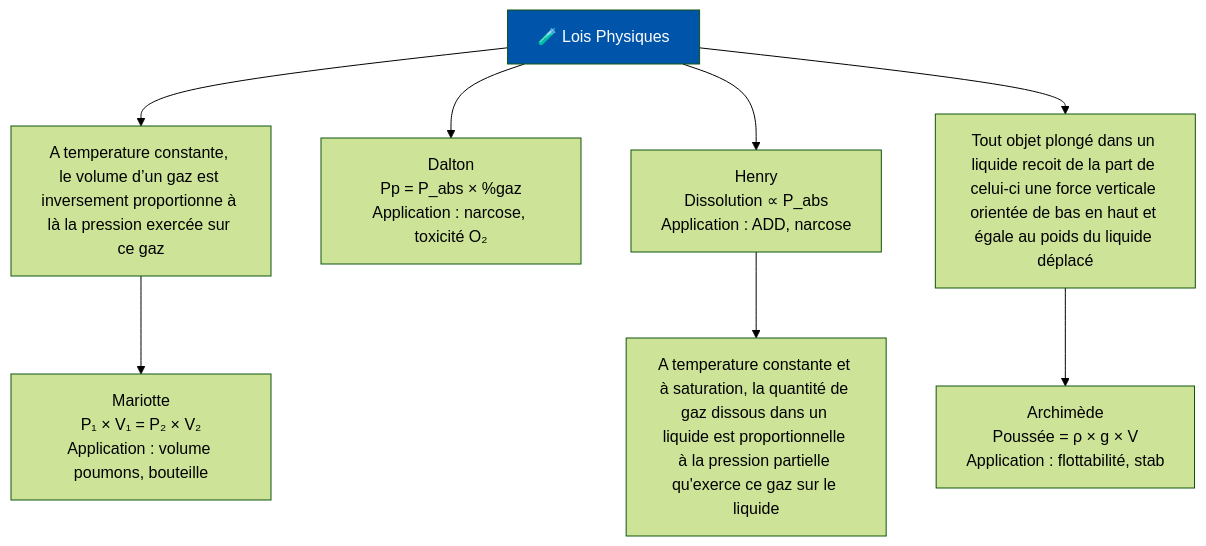
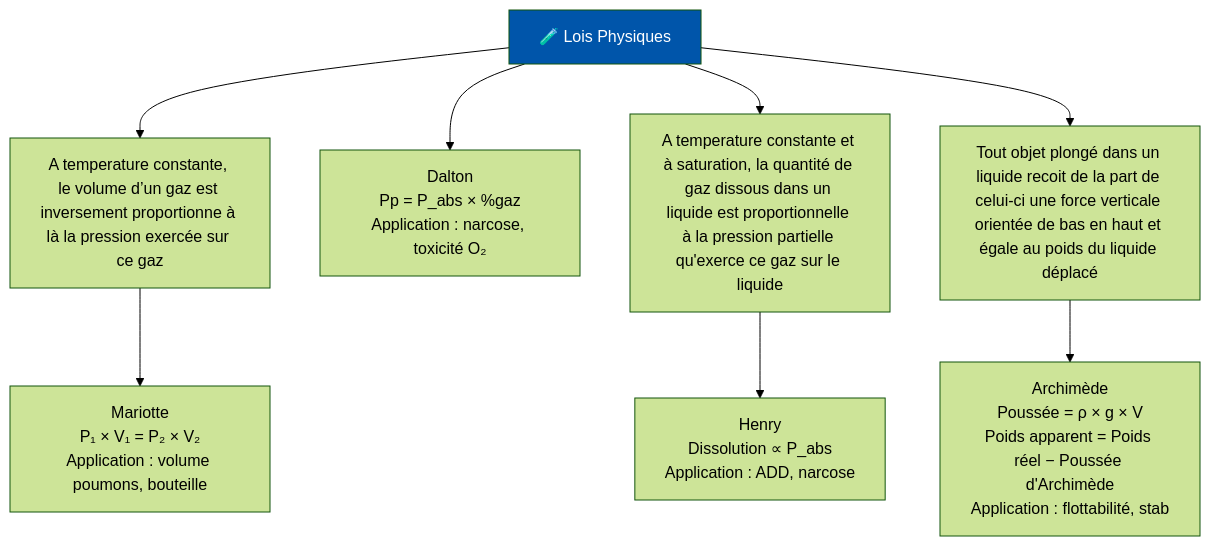
Before and after one commit to thomasGuibert/plongee: the first of 5 diagrams in prepa-n2/N2_Materiel_Autonomie.md, drawn with Mermaid (forest theme).

Commit message:
update materiel

````diff
--- a/prepa-n2/N2_Materiel_Autonomie.md
+++ b/prepa-n2/N2_Materiel_Autonomie.md
@@ -7,13 +7,13 @@
 ```mermaid
 flowchart TD
     ROOT["🧪 Lois Physiques"]
     ROOT --> Mario["A temperature constante, le volume d’un gaz est inversement proportionne à là la pression exercée sur ce gaz"]
     Mario --> MARIO_1["Mariotte<br>P₁ × V₁ = P₂ × V₂<br>Application : volume poumons, bouteille"]
     ROOT --> DALTON["Dalton<br>Pp = P_abs × %gaz<br>Application : narcose, toxicité O₂"]
-    ROOT --> HENRY["Henry<br>Dissolution ∝ P_abs<br>Application : ADD, narcose"]
-    HENRY --> HENRY_1["A temperature constante et à saturation, la quantité de gaz dissous dans un liquide est proportionnelle à la pression partielle qu'exerce ce gaz sur le liquide"]
+    ROOT --> HENRY["A temperature constante et à saturation, la quantité de gaz dissous dans un liquide est proportionnelle à la pression partielle qu'exerce ce gaz sur le liquide"]
+    HENRY --> HENRY_1["Henry<br>Dissolution ∝ P_abs<br>Application : ADD, narcose"]
     ROOT --> ARCHI["Tout objet plongé dans un liquide recoit de la part de celui-ci une force verticale orientée de bas en haut et égale au poids du liquide déplacé"]
-    ARCHI --> ARCHI_1["Archimède<br>Poussée = ρ × g × V<br>Application : flottabilité, stab"]
+    ARCHI --> ARCHI_1["Archimède<br>Poussée = ρ × g × V<br>Poids apparent = Poids réel − Poussée d'Archimède<br>Application : flottabilité, stab"]
 
     style ROOT fill:#0055aa,color:#fff
 ```
````
